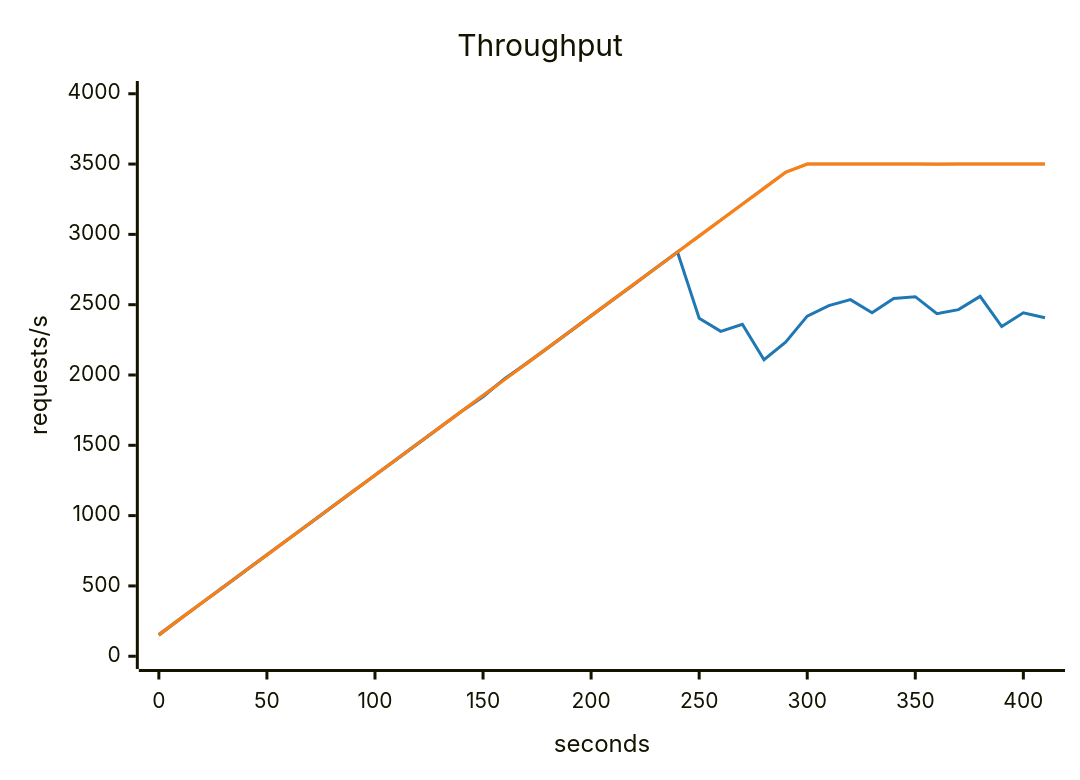
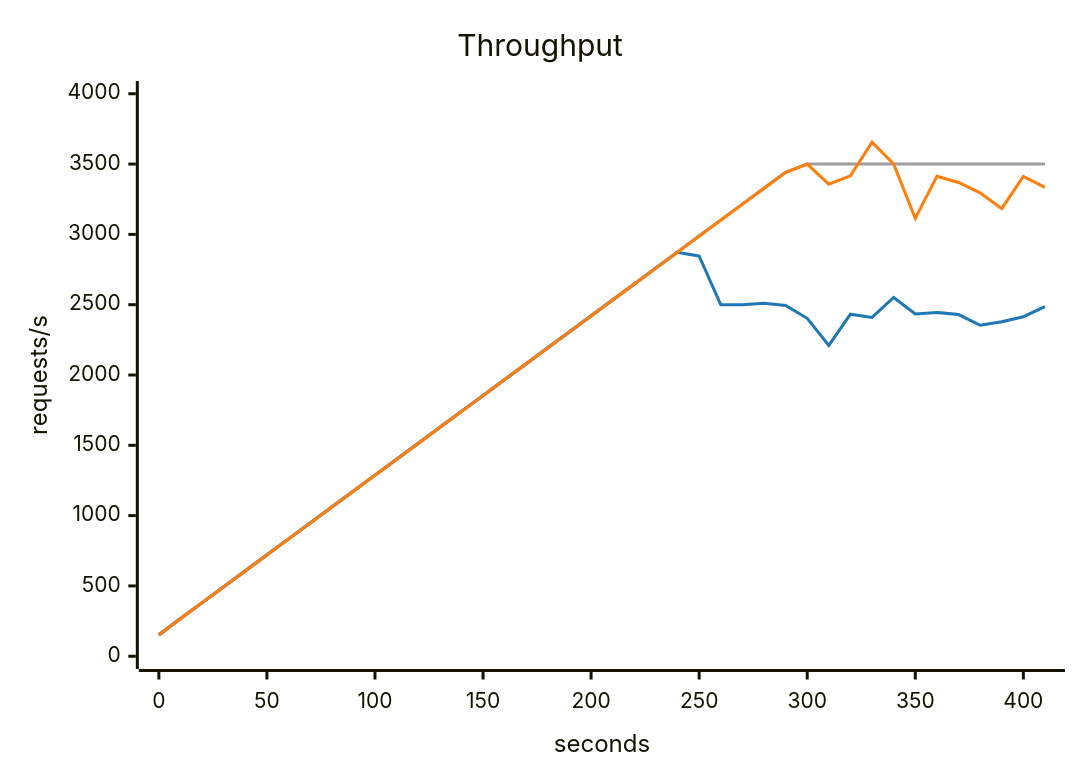
One commit to akinfemi/load-lore changed the first of 2 diagrams in scenarios/when-to-scale-your-database/solutions/one-query-per-page/compare.md. Above: the diagram before and after it, drawn with Mermaid. The commit also changed other lines of this file and 71 other files, not shown here.

````diff
--- a/scenarios/when-to-scale-your-database/solutions/one-query-per-page/compare.md
+++ b/scenarios/when-to-scale-your-database/solutions/one-query-per-page/compare.md
@@ -33,16 +33,16 @@
 ```mermaid
 ---
 config:
   themeVariables:
     xyChart:
       backgroundColor: "transparent"
       plotColorPalette: "#9e9e9e, #1f77b4, #ff7f0e"
 ---
 xychart-beta
     title "Throughput"
     x-axis "seconds" 0 --> 410
     y-axis "requests/s" 0 --> 4000
     line [156.667, 270, 383.333, 496.667, 610, 723.333, 836.667, 950, 1063.333, 1176.667, 1290, 1403.333, 1516.667, 1630, 1743.333, 1856.667, 1970, 2083.333, 2196.667, 2310, 2423.333, 2536.667, 2650, 2763.333, 2876.667, 2990, 3103.333, 3216.667, 3330, 3443.333, 3500, 3500, 3500, 3500, 3500, 3500, 3500, 3500, 3500, 3500, 3500, 3500]
-    line [149.332, 265.983, 379.379, 492.676, 606.007, 719.391, 832.639, 946.26, 1059.25, 1172.553, 1286.098, 1399.315, 1512.626, 1626.059, 1739.5, 1844.378, 1974.149, 2079.56, 2192.516, 2306.098, 2419.344, 2532.43, 2645.811, 2759.737, 2872.617, 2404.164, 2310.339, 2360.629, 2109.098, 2233.962, 2418.592, 2493.227, 2535.734, 2442.842, 2543.969, 2556.936, 2435.943, 2464.948, 2559.215, 2344.651, 2442.317, 2407.159]
-    line [150.908, 266.819, 380.352, 493.509, 606.866, 720.239, 833.37, 946.955, 1060.211, 1173.523, 1286.928, 1400.081, 1513.534, 1627.051, 1740.189, 1853.356, 1967.001, 2080.205, 2193.554, 2306.848, 2420.048, 2533.581, 2647.079, 2760.197, 2873.528, 2986.968, 3100.26, 3213.543, 3326.59, 3440.269, 3500.078, 3499.602, 3500.263, 3500.043, 3500.38, 3499.633, 3499.349, 3499.959, 3500.735, 3499.938, 3499.795, 3500.063]
+    line [149.309, 266.065, 379.413, 492.673, 606.087, 719.42, 832.697, 946.053, 1059.304, 1172.661, 1286.073, 1399.337, 1512.701, 1626.124, 1739.402, 1852.731, 1966.028, 2078.785, 2193.87, 2305.419, 2419.398, 2532.706, 2645.67, 2759.918, 2872.3, 2845.747, 2499.575, 2498.886, 2509.922, 2494.806, 2403.238, 2210.386, 2432.508, 2409.493, 2550.973, 2434.68, 2445.083, 2429.681, 2353.448, 2378.539, 2414.461, 2485.87]
+    line [150.42, 266.563, 379.943, 493.365, 606.558, 719.998, 833.229, 946.645, 1060.163, 1172.965, 1286.646, 1400.078, 1513.207, 1626.757, 1739.772, 1853.239, 1966.828, 2079.943, 2193.017, 2306.696, 2419.962, 2533.158, 2646.774, 2760.083, 2873.282, 2986.372, 3100.139, 3213.415, 3326.544, 3440.126, 3499.672, 3356.79, 3416.715, 3655.522, 3499.944, 3114.015, 3413.378, 3369.133, 3295.597, 3182.919, 3412.345, 3334.256]
 ```
````
